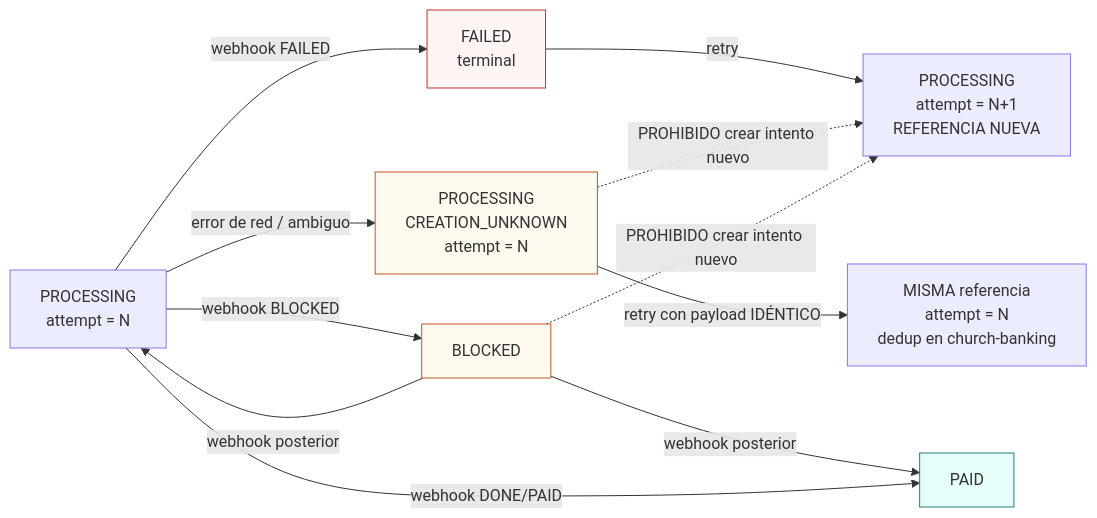
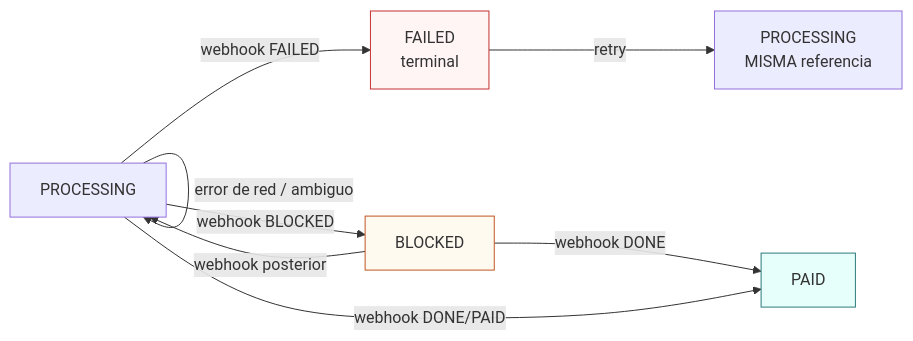
One commit to gloriafinance/gloria_finance_api changed diagram 13 of 18 in docs/recurring-payments-diagrams.md. Above: the diagram before and after it, drawn with Mermaid. The commit also changed other lines of this file and 31 other files, not shown here.

````diff
--- a/docs/recurring-payments-diagrams.md
+++ b/docs/recurring-payments-diagrams.md
@@ -567,24 +593,19 @@
 ```mermaid
 flowchart LR
-    P["PROCESSING<br/>attempt = N"] -->|webhook FAILED| F["FAILED<br/>terminal"]
-    F -->|retry| P2["PROCESSING<br/>attempt = N+1<br/>REFERENCIA NUEVA"]
+    P["PROCESSING"] -->|webhook FAILED| F["FAILED<br/>terminal"]
+    F -->|retry| P2["PROCESSING<br/>MISMA referencia"]
 
-    P -->|error de red / ambiguo| CU["PROCESSING<br/>CREATION_UNKNOWN<br/>attempt = N"]
-    CU -->|retry con payload IDÉNTICO| P3["MISMA referencia<br/>attempt = N<br/>dedup en church-banking"]
-
+    P -->|error de red / ambiguo| P
     P -->|webhook BLOCKED| B["BLOCKED"]
     B -->|webhook posterior| P
-    B -->|webhook posterior| PAID["PAID"]
+    B -->|webhook DONE| PAID["PAID"]
 
     P -->|webhook DONE/PAID| PAID
-
-    CU -.->|PROHIBIDO crear intento nuevo| P2
-    B -.->|PROHIBIDO crear intento nuevo| P2
 
     classDef ok fill:#e6fffa,stroke:#2c7a7b
     classDef bad fill:#fff5f5,stroke:#c53030
     classDef warn fill:#fffaf0,stroke:#c05621
     class PAID ok
     class F bad
-    class CU,B warn
+    class B warn
 ```
````
